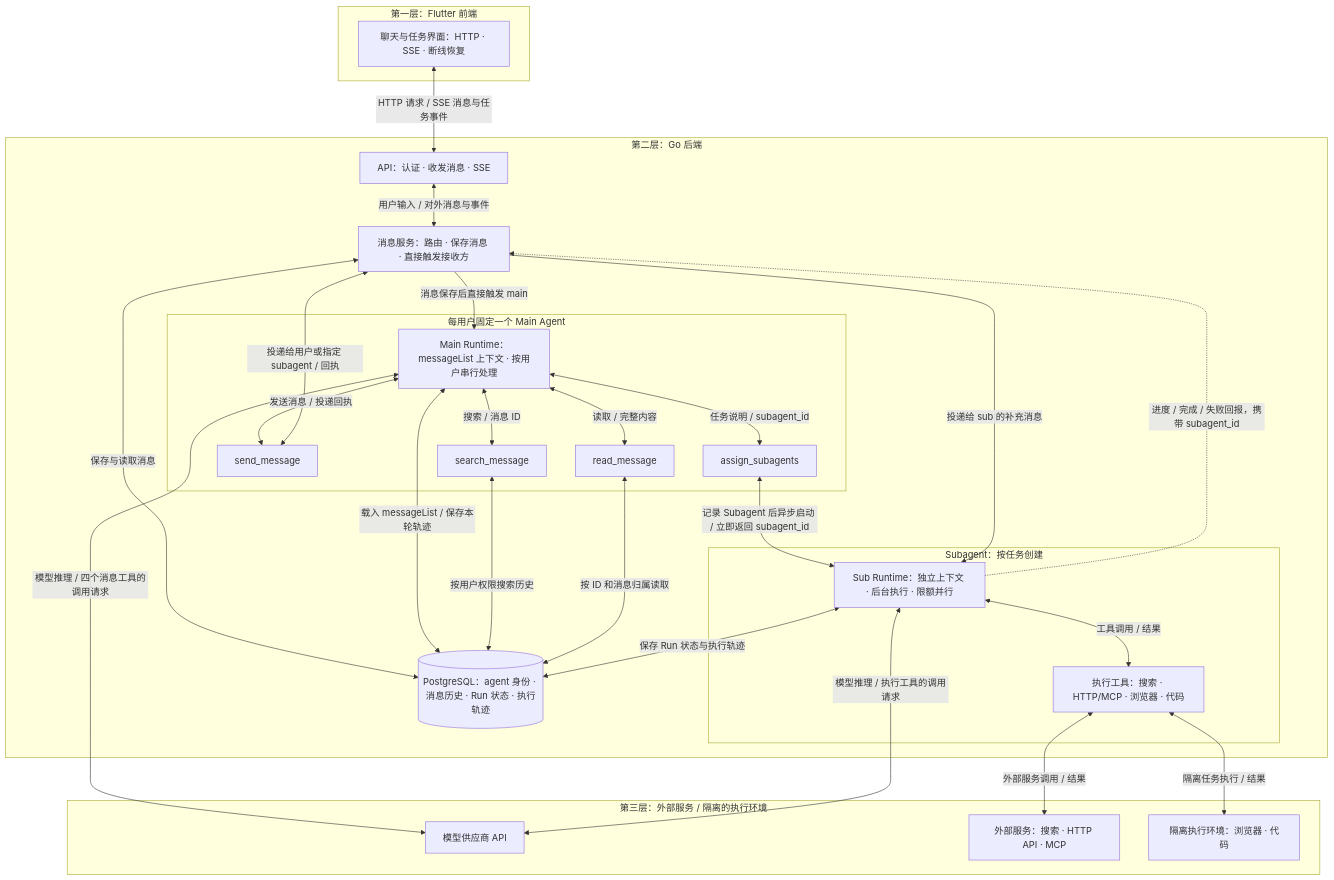
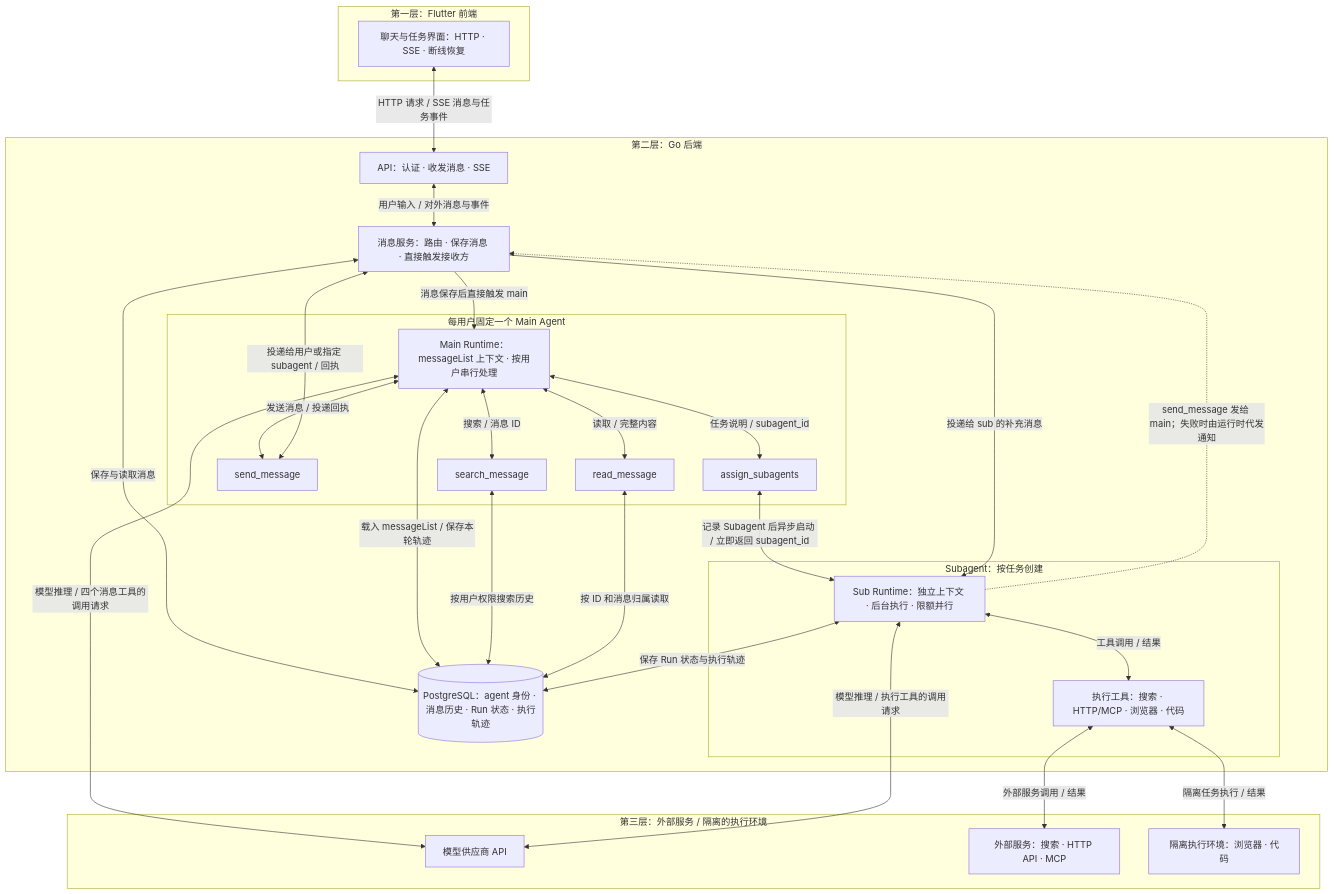
Before and after one commit to OmniNetOpensource/aether-personal: the diagram in docs/architecture.mmd, drawn with Mermaid. The commit also changed 2 other files, not shown here.

Commit message:
docs: treat subagent reports as plain messages

```diff
--- a/docs/architecture.mmd
+++ b/docs/architecture.mmd
@@ -1,56 +1,56 @@
 flowchart TD
     subgraph L1["第一层：Flutter 前端"]
         FLUTTER["聊天与任务界面：HTTP · SSE · 断线恢复"]
     end
 
     subgraph L2["第二层：Go 后端"]
         API["API：认证 · 收发消息 · SSE"]
         MESSAGES["消息服务：路由 · 保存消息 · 直接触发接收方"]
         DB[("PostgreSQL：agent 身份 · 消息历史 · Run 状态 · 执行轨迹")]
 
         subgraph MAINBOX["每用户固定一个 Main Agent"]
             MAIN["Main Runtime：messageList 上下文 · 按用户串行处理"]
             ASSIGN["assign_subagents"]
             SEND["send_message"]
             SEARCH["search_message"]
             READ["read_message"]
 
             MAIN <-->|"任务说明 / subagent_id"| ASSIGN
             MAIN <-->|"发送消息 / 投递回执"| SEND
             MAIN <-->|"搜索 / 消息 ID"| SEARCH
             MAIN <-->|"读取 / 完整内容"| READ
         end
 
         subgraph SUBBOX["Subagent：按任务创建"]
             SUB["Sub Runtime：独立上下文 · 后台执行 · 限额并行"]
             TOOLS["执行工具：搜索 · HTTP/MCP · 浏览器 · 代码"]
 
             SUB <-->|"工具调用 / 结果"| TOOLS
         end
 
         API <-->|"用户输入 / 对外消息与事件"| MESSAGES
         MESSAGES <-->|"保存与读取消息"| DB
         MESSAGES -->|"消息保存后直接触发 main"| MAIN
         MAIN <-->|"载入 messageList / 保存本轮轨迹"| DB
 
         ASSIGN <-->|"记录 Subagent 后异步启动 / 立即返回 subagent_id"| SUB
         SEND <-->|"投递给用户或指定 subagent / 回执"| MESSAGES
         SEARCH <-->|"按用户权限搜索历史"| DB
         READ <-->|"按 ID 和消息归属读取"| DB
 
         MESSAGES -->|"投递给 sub 的补充消息"| SUB
-        SUB -.->|"进度 / 完成 / 失败回报，携带 subagent_id"| MESSAGES
+        SUB -.->|"send_message 发给 main；失败时由运行时代发通知"| MESSAGES
         SUB <-->|"保存 Run 状态与执行轨迹"| DB
     end
 
     subgraph L3["第三层：外部服务 / 隔离的执行环境"]
         MODEL["模型供应商 API"]
         EXTERNAL["外部服务：搜索 · HTTP API · MCP"]
         SANDBOX["隔离执行环境：浏览器 · 代码"]
     end
 
     FLUTTER <-->|"HTTP 请求 / SSE 消息与任务事件"| API
     MAIN <-->|"模型推理 / 四个消息工具的调用请求"| MODEL
     SUB <-->|"模型推理 / 执行工具的调用请求"| MODEL
     TOOLS <-->|"外部服务调用 / 结果"| EXTERNAL
     TOOLS <-->|"隔离任务执行 / 结果"| SANDBOX
```
